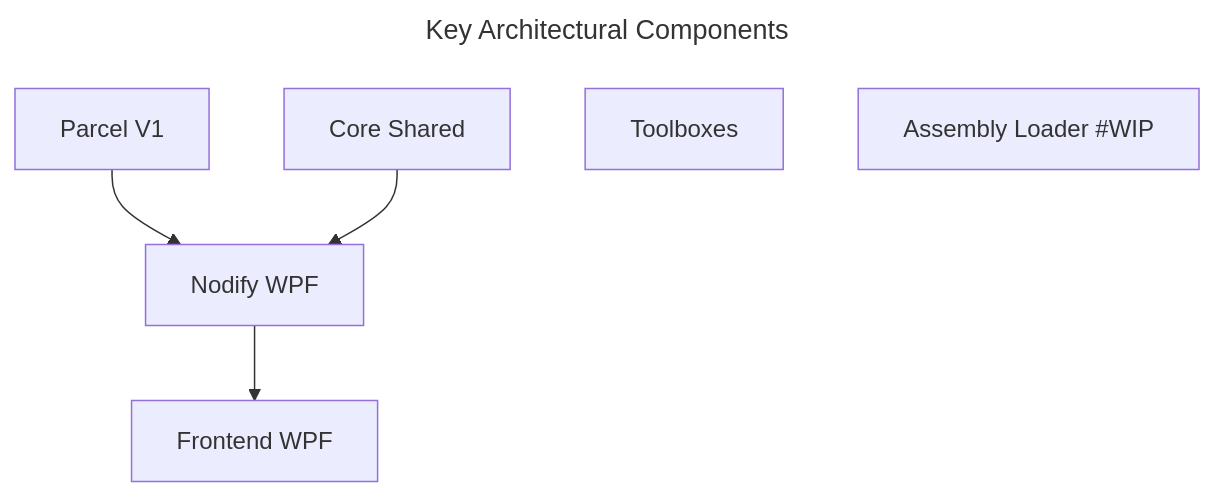
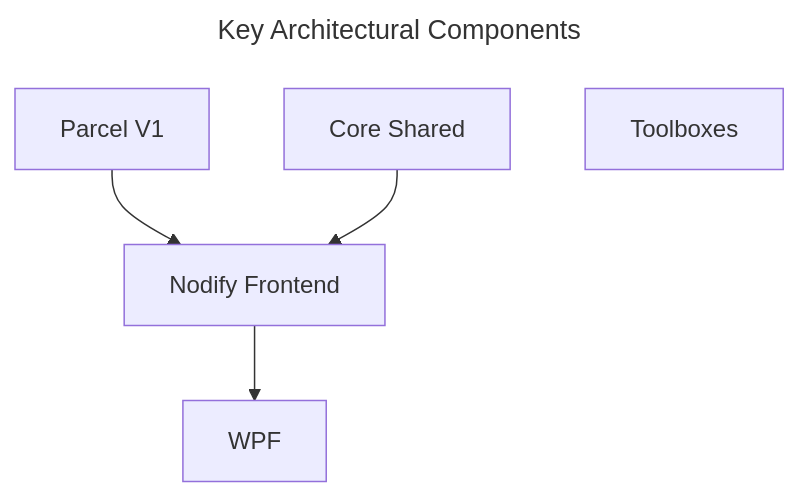
One commit to Charles-Zhang-Parcel/Parcel_V1 changed the diagram in README.md. Above: the diagram before and after it, drawn with Mermaid. The commit also changed other lines of this file, not shown here.

````diff
--- a/README.md
+++ b/README.md
@@ -9,16 +12,15 @@
 ```mermaid
 ---
 title: Key Architectural Components
 ---
 flowchart TD
     id010[Parcel V1]
-    id020[Nodify WPF]
+    id020[Nodify Frontend]
     id040[Core Shared]
     id030[Toolboxes]
-    id050[Frontend WPF]
-    id060[Assembly Loader #WIP]
+    id050[WPF]
 
     id010 --> id020
     id040 --> id020
     id020 --> id050
 ```
````
